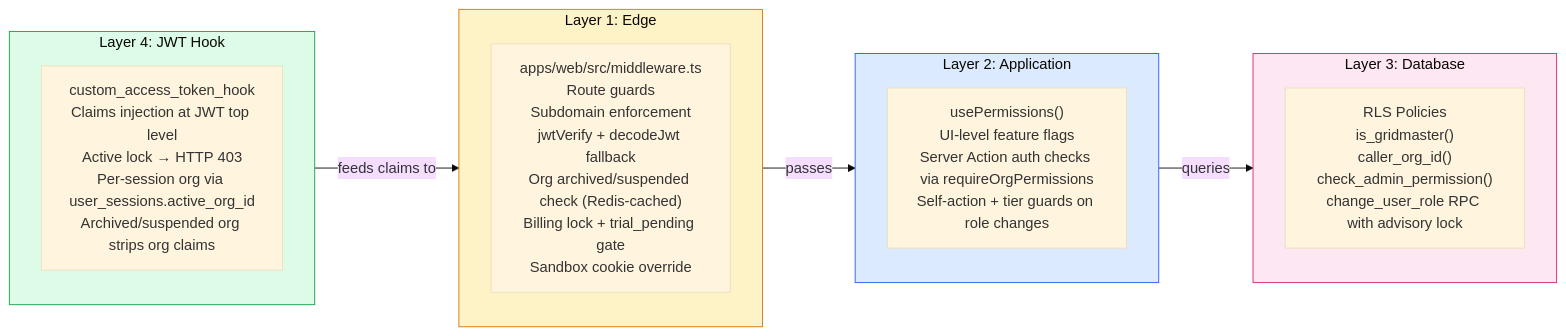
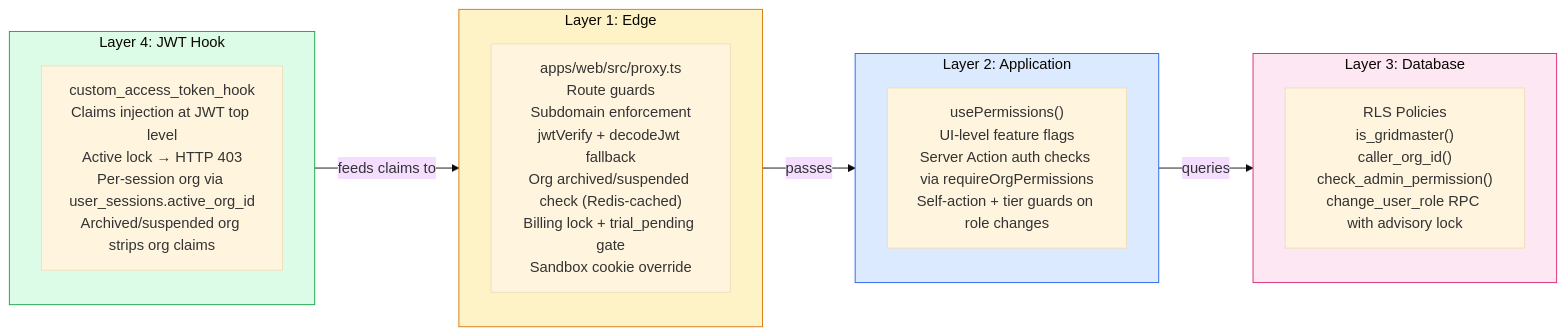
Before and after one commit to nickosmas/dub-grid: diagram 17 of 17 in SYSTEM_FLOWCHARTS.md, drawn with Mermaid (base theme). The commit also changed other lines of this file and 27 other files, not shown here.

````diff
--- a/SYSTEM_FLOWCHARTS.md
+++ b/SYSTEM_FLOWCHARTS.md
@@ -1310,27 +1310,27 @@
 ```mermaid
 flowchart LR
     subgraph L1["Layer 1: Edge"]
-        MW["apps/web/src/middleware.ts\nRoute guards\nSubdomain enforcement\njwtVerify + decodeJwt fallback\nOrg archived/suspended check (Redis-cached)\nBilling lock + trial_pending gate\nSandbox cookie override"]
+        MW["apps/web/src/proxy.ts\nRoute guards\nSubdomain enforcement\njwtVerify + decodeJwt fallback\nOrg archived/suspended check (Redis-cached)\nBilling lock + trial_pending gate\nSandbox cookie override"]
     end
 
     subgraph L2["Layer 2: Application"]
         PERMS["usePermissions()\nUI-level feature flags\nServer Action auth checks via requireOrgPermissions\nSelf-action + tier guards on role changes"]
     end
 
     subgraph L3["Layer 3: Database"]
         RLSP["RLS Policies\nis_gridmaster()\ncaller_org_id()\ncheck_admin_permission()\nchange_user_role RPC with advisory lock"]
     end
 
     subgraph L4["Layer 4: JWT Hook"]
         HOOKL["custom_access_token_hook\nClaims injection at JWT top level\nActive lock → HTTP 403\nPer-session org via user_sessions.active_org_id\nArchived/suspended org strips org claims"]
     end
 
     L1 -->|passes| L2
     L2 -->|queries| L3
     L4 -->|feeds claims to| L1
 
     style L1 fill:#fef3c7,stroke:#d97706
     style L2 fill:#dbeafe,stroke:#2563eb
     style L3 fill:#fce7f3,stroke:#db2777
     style L4 fill:#dcfce7,stroke:#16a34a
 ```
````
